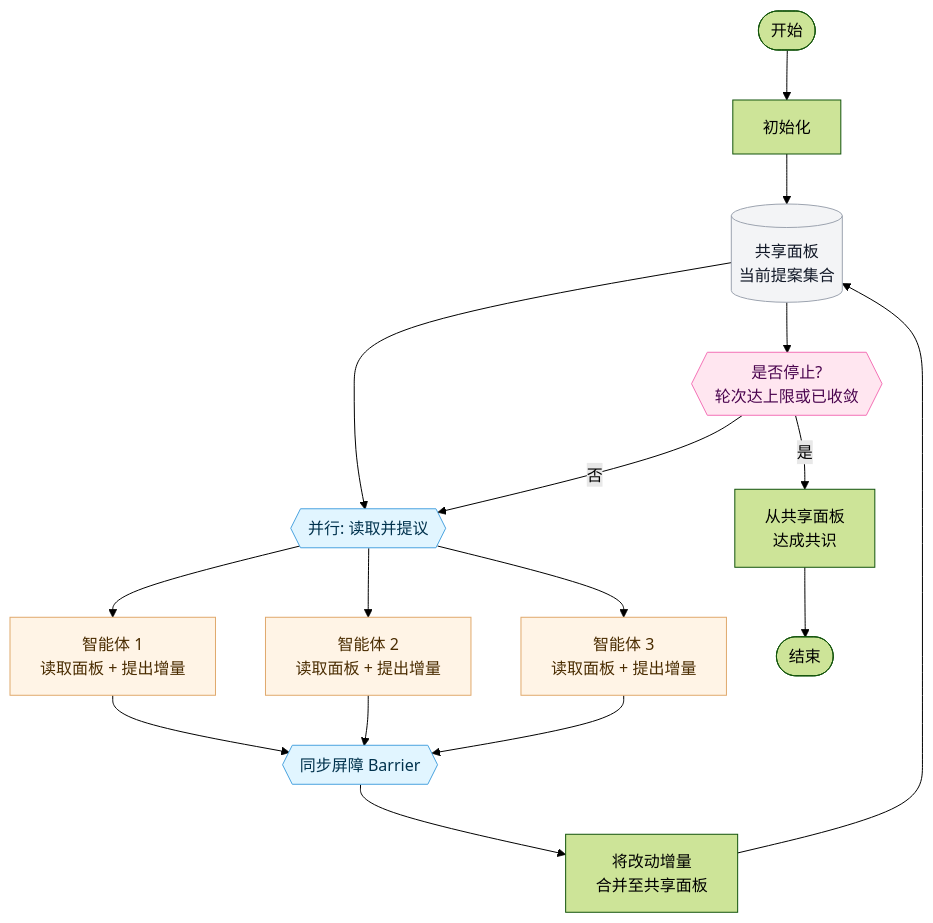
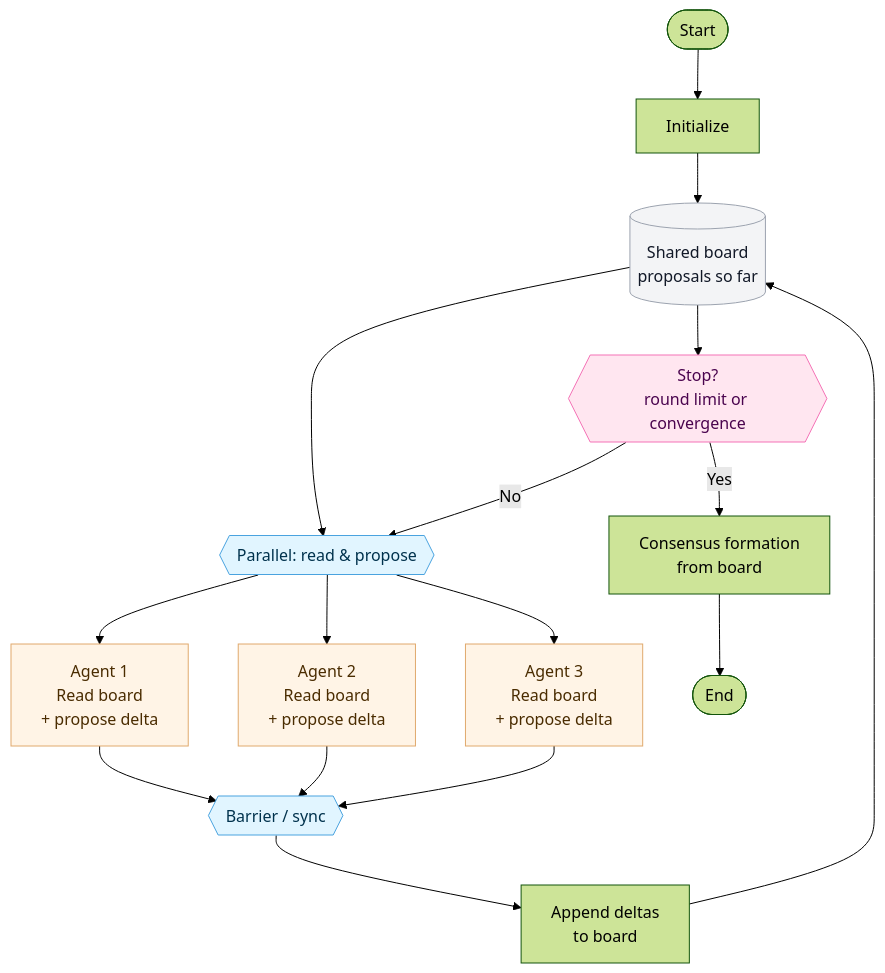
Before and after one commit to AntigmaLabs/ante: the second of 4 diagrams in docs-site/i18n/zh-Hans/docusaurus-plugin-content-docs/current/experimental/agent-org.mdx, drawn with Mermaid (forest theme). The commit also changed other lines of this file and 39 other files, not shown here.

Commit message:
docs: complete 1:1 Chinese translation with explicit anchors and exact protocol schemas

````diff
--- a/docs-site/i18n/zh-Hans/docusaurus-plugin-content-docs/current/experimental/agent-org.mdx
+++ b/docs-site/i18n/zh-Hans/docusaurus-plugin-content-docs/current/experimental/agent-org.mdx
@@ -46,32 +44,32 @@
 ```mermaid
 flowchart TB
   classDef control fill:#e1f5ff,stroke:#4aa3df,color:#00324d;
   classDef agent fill:#fff4e6,stroke:#e0a96d,color:#4a2c00;
   classDef state fill:#f3f4f6,stroke:#9ca3af,color:#111827;
   classDef decision fill:#ffe6f0,stroke:#f472b6,color:#4a044e;
 
-  Start([开始]) --> Init[初始化]
-  Init --> Board[(共享面板<br/>当前提案集合)]
+  Start([Start]) --> Init[Initialize]
+  Init --> Board[(Shared board<br/>proposals so far)]
 
-  Board --> Fanout{{并行: 读取并提议}}
-  Fanout --> A1[智能体 1<br/>读取面板 + 提出增量]
-  Fanout --> A2[智能体 2<br/>读取面板 + 提出增量]
-  Fanout --> A3[智能体 3<br/>读取面板 + 提出增量]
+  Board --> Fanout{{Parallel: read & propose}}
+  Fanout --> A1[Agent 1<br/>Read board<br/>+ propose delta]
+  Fanout --> A2[Agent 2<br/>Read board<br/>+ propose delta]
+  Fanout --> A3[Agent 3<br/>Read board<br/>+ propose delta]
 
-  A1 --> Barrier{{同步屏障 Barrier}}
+  A1 --> Barrier{{Barrier / sync}}
   A2 --> Barrier
   A3 --> Barrier
 
-  Barrier --> Merge[将改动增量<br/>合并至共享面板]
+  Barrier --> Merge[Append deltas<br/>to board]
   Merge --> Board
 
-  Board --> Stop{{是否停止?<br/>轮次达上限或已收敛}}
-  Stop -->|否| Fanout
-  Stop -->|是| Consensus[从共享面板<br/>达成共识]
-  Consensus --> End([结束])
+  Board --> Stop{{Stop?<br/>round limit or convergence}}
+  Stop -->|No| Fanout
+  Stop -->|Yes| Consensus[Consensus formation<br/>from board]
+  Consensus --> End([End])
 
   class Fanout,Barrier control;
   class A1,A2,A3 agent;
   class Board state;
   class Stop decision;
 ```
````
